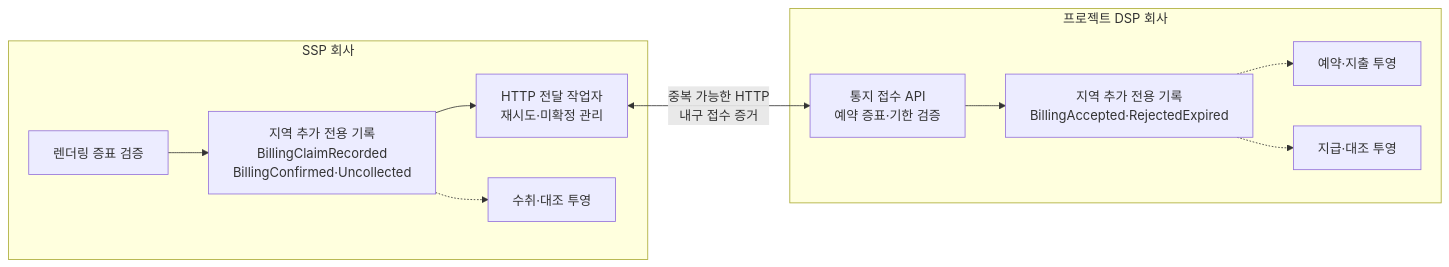
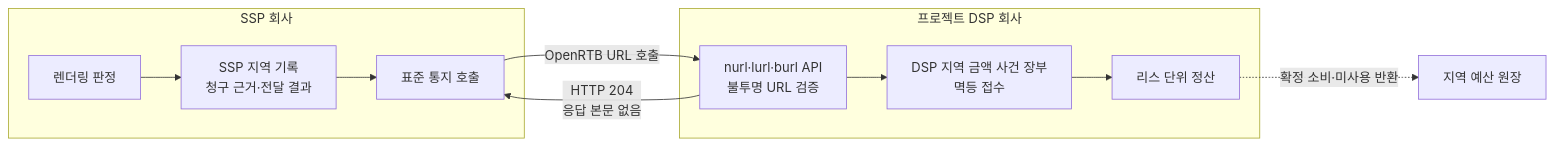
One commit to bbororo5/low-latency-openrtb-auction changed the diagram in docs/architecture/decisions/ADR-005-durable-budget-events.md. Above: the diagram before and after it, drawn with Mermaid. The commit also changed other lines of this file and 19 other files, not shown here.

Commit message:
docs: align billing notices with OpenRTB

````diff
--- a/docs/architecture/decisions/ADR-005-durable-budget-events.md
+++ b/docs/architecture/decisions/ADR-005-durable-budget-events.md
@@ -22,24 +22,20 @@
 ```mermaid
 flowchart LR
     subgraph SSP["SSP 회사"]
-        RENDER["렌더링 증표 검증"]
-        SJ["지역 추가 전용 기록<br/>BillingClaimRecorded<br/>BillingConfirmed·Uncollected"]
-        SENDER["HTTP 전달 작업자<br/>재시도·미확정 관리"]
-        SVIEW["수취·대조 투영"]
-        RENDER --> SJ
-        SJ --> SENDER
-        SJ -.-> SVIEW
+        RENDER["렌더링 판정"]
+        SJ["SSP 지역 기록<br/>청구 근거·전달 결과"]
+        SEND["표준 통지 호출"]
+        RENDER --> SJ --> SEND
     end
 
     subgraph DSP["프로젝트 DSP 회사"]
-        API["통지 접수 API<br/>예약 증표·기한 검증"]
-        DJ["지역 추가 전용 기록<br/>BillingAccepted·RejectedExpired"]
-        APPLY["예약·지출 투영"]
-        DVIEW["지급·대조 투영"]
-        API --> DJ
-        DJ -.-> APPLY
-        DJ -.-> DVIEW
+        API["nurl·lurl·burl API<br/>불투명 URL 검증"]
+        DJ["DSP 지역 금액 사건 장부<br/>멱등 접수"]
+        SETTLE["리스 단위 정산"]
+        API --> DJ --> SETTLE
     end
 
-    SENDER <-->|"중복 가능한 HTTP<br/>내구 접수 증거"| API
+    SEND -->|"OpenRTB URL 호출"| API
+    API -->|"HTTP 204<br/>응답 본문 없음"| SEND
+    SETTLE -.->|"확정 소비·미사용 반환"| LEDGER["지역 예산 원장"]
 ```
````
